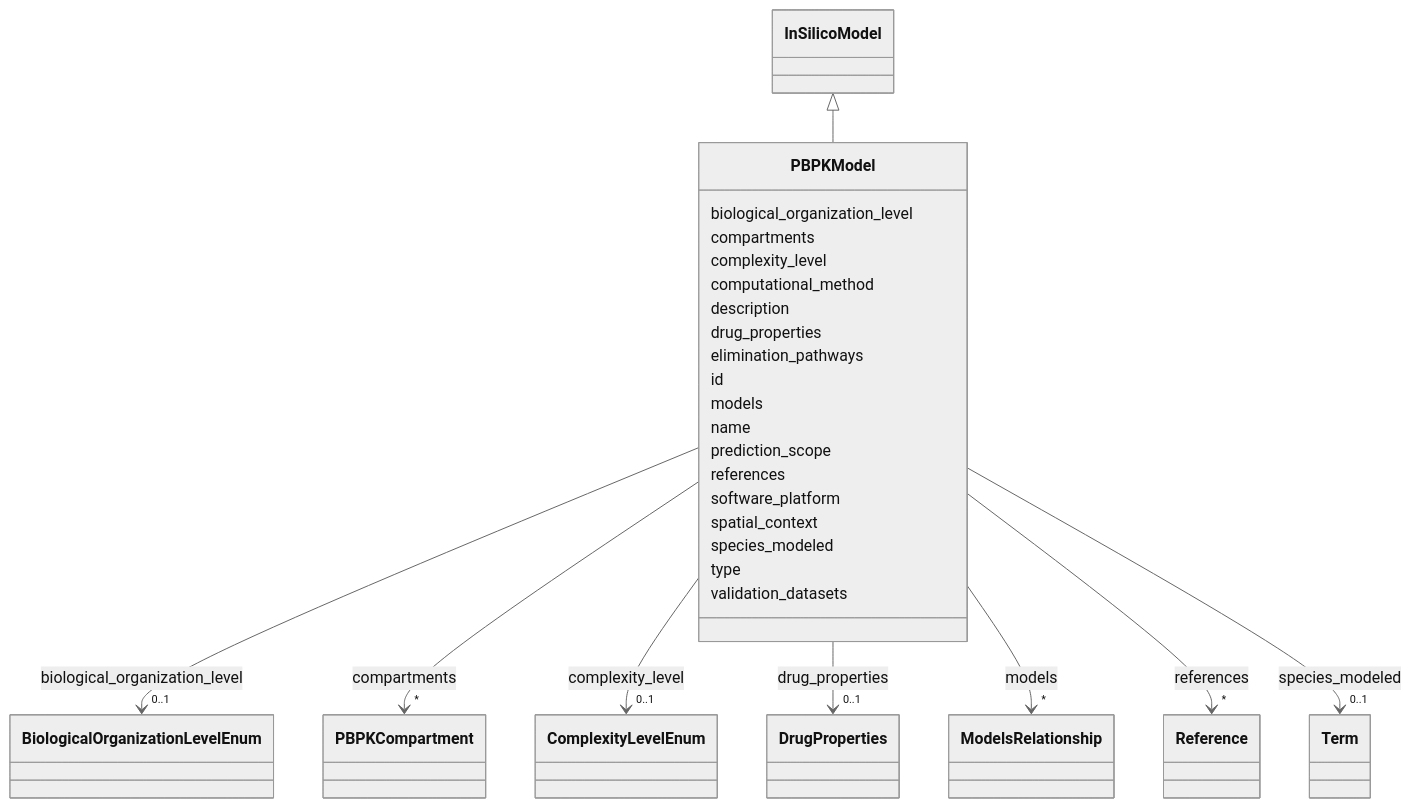
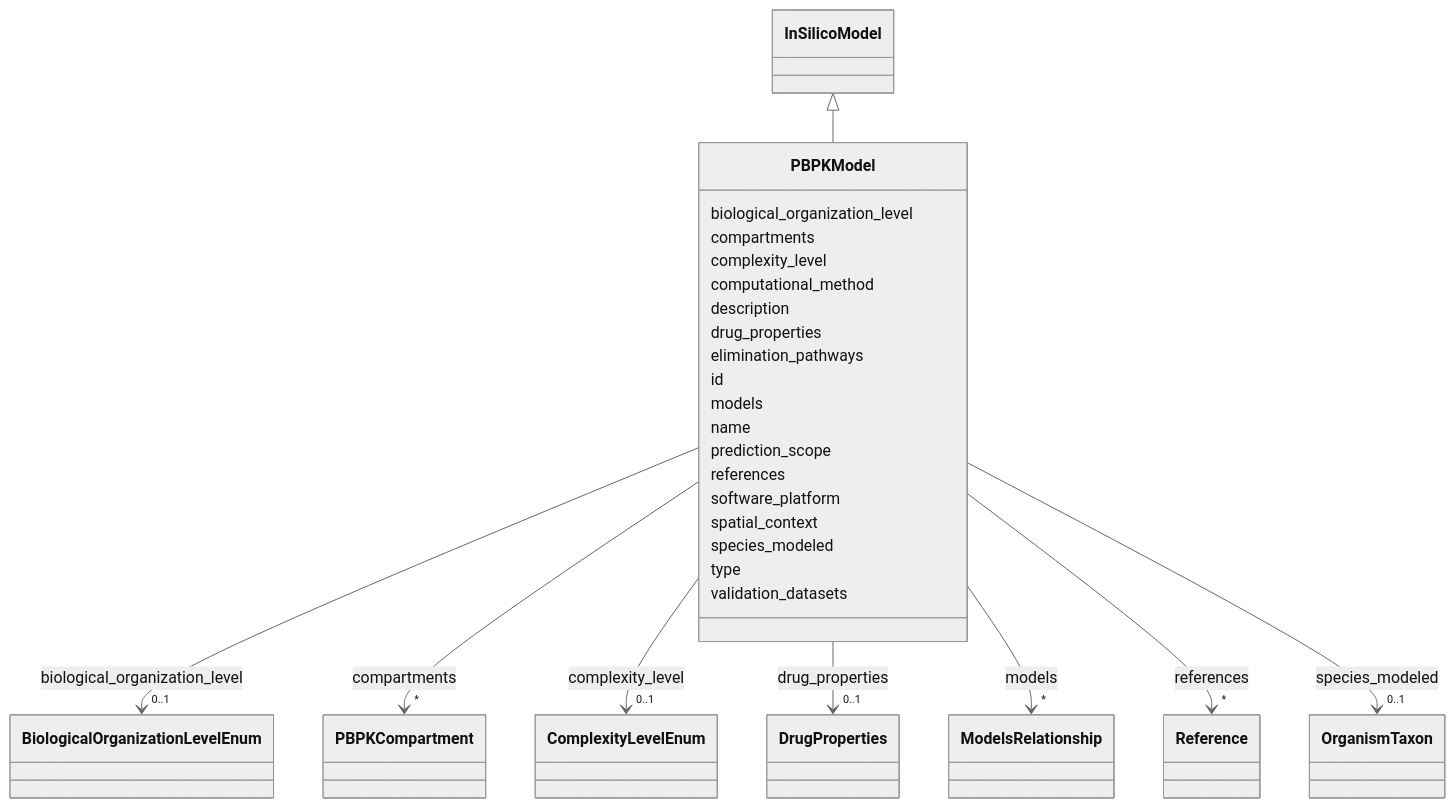
Before and after one commit to monarch-initiative/namo: the diagram in docs/elements/PBPKModel.md, drawn with Mermaid (neutral theme). The commit also changed other lines of this file and 307 other files, not shown here.

```diff
--- a/docs/elements/PBPKModel.md
+++ b/docs/elements/PBPKModel.md
@@ -110,8 +115,8 @@
     
         
         
-        PBPKModel --> "0..1" Term : species_modeled
-        click Term href "../Term/"
+        PBPKModel --> "0..1" OrganismTaxon : species_modeled
+        click OrganismTaxon href "../OrganismTaxon/"
     
 
         
```
